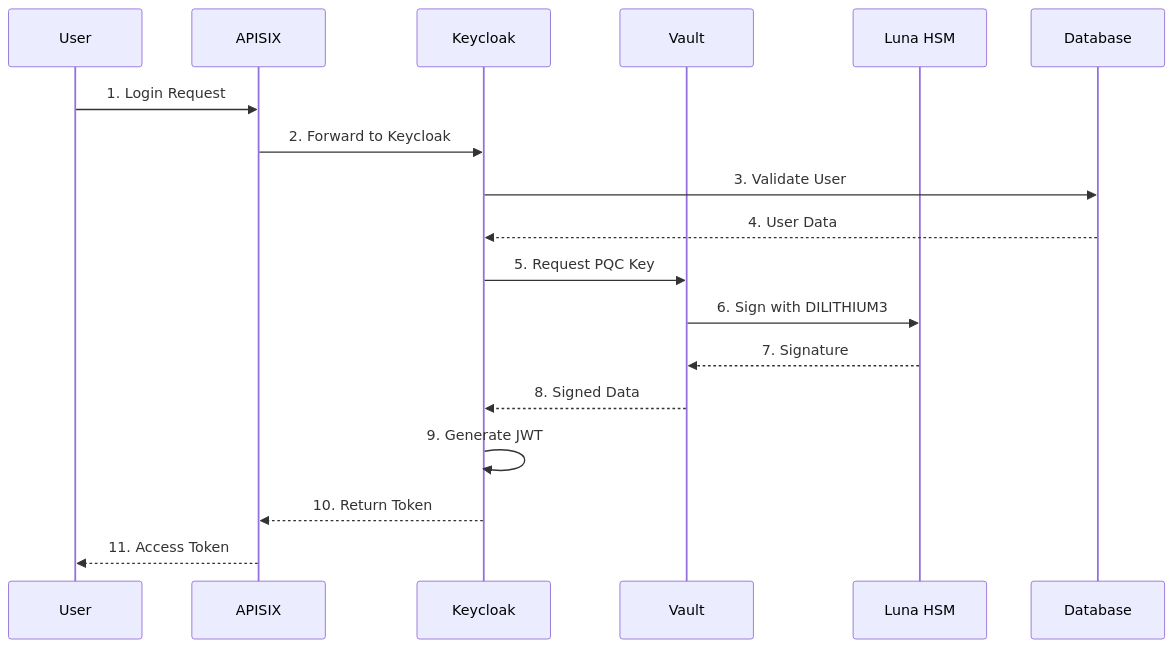
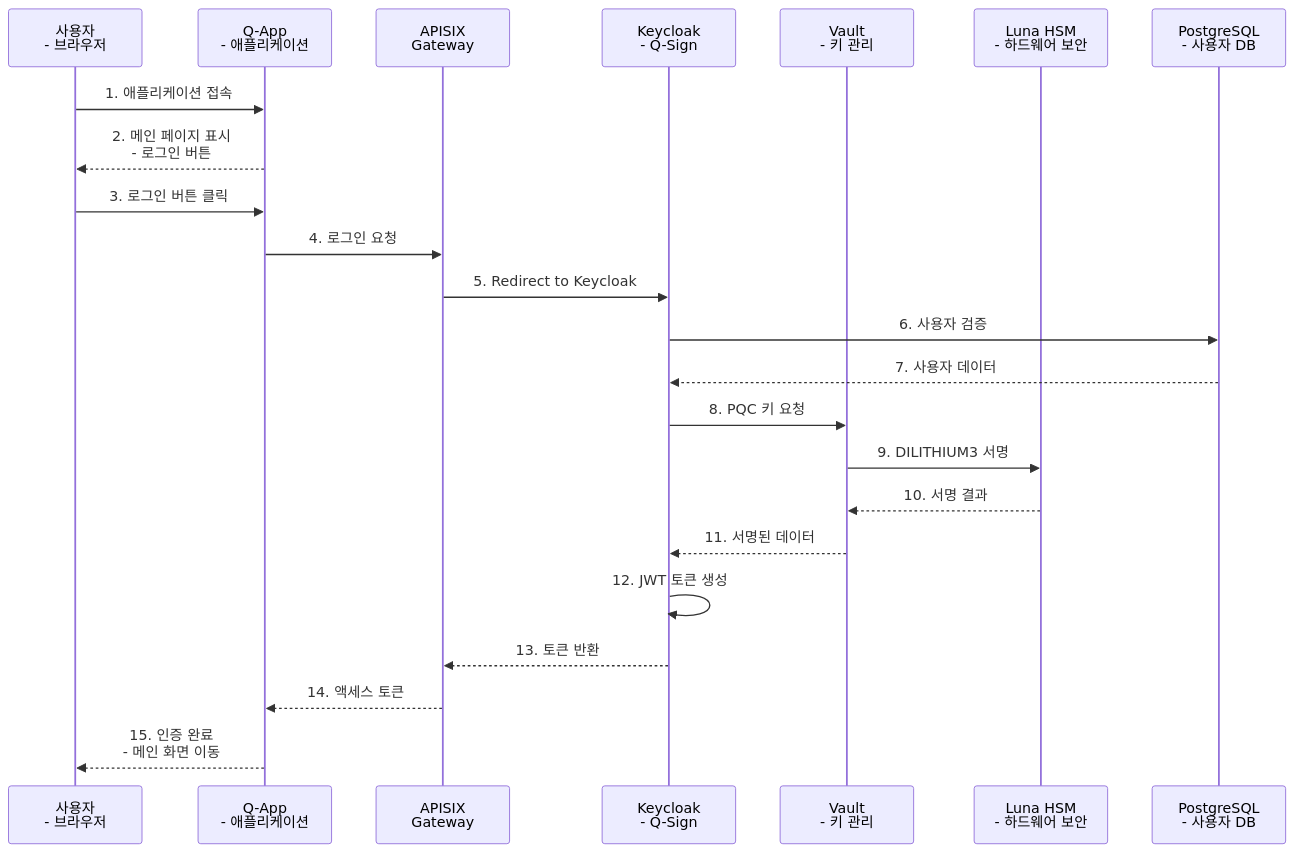
The fifth of 10 diagrams in 01-architecture/ARCHITECTURE-OVERVIEW.md (infeelchoi/q-docs), drawn with Mermaid before and after one commit.

Commit message:
📝 SSO 인증 흐름 개선 - Q-App 레이어 추가
ARCHITECTURE-OVERVIEW.md의 SSO 인증 데이터 흐름을 수정하여
애플리케이션 레이어를 명시적으로 추가했습니다.

변경 사항:
- Q-App 참여자 추가 (애플리케이션 레이어)
- 로그인 흐름 개선: 사용자 → App → APISIX → Keycloak
- 로그인 버튼 UI 상호작용 단계 명시
- 모든 참여자 설명을 한국어로 개선
- 인증 완료 후 메인 화면 이동 단계 추가

기존 흐름:
  User → APISIX → Keycloak (11단계)

개선된 흐름:
  사용자 → Q-App (로그인 버튼) → APISIX → Keycloak (15단계)

이를 통해 실제 사용자 경험과 일치하는 인증 흐름을 문서화했습니다.

🤖 Generated with Claude Code

````diff
--- a/01-architecture/ARCHITECTURE-OVERVIEW.md
+++ b/01-architecture/ARCHITECTURE-OVERVIEW.md
@@ -243,21 +243,26 @@
 ```mermaid
 sequenceDiagram
-    participant U as User
-    participant A as APISIX
-    participant K as Keycloak
-    participant V as Vault
-    participant H as Luna HSM
-    participant D as Database
+    participant U as 사용자<br/>- 브라우저
+    participant APP as Q-App<br/>- 애플리케이션
+    participant A as APISIX<br/>Gateway
+    participant K as Keycloak<br/>- Q-Sign
+    participant V as Vault<br/>- 키 관리
+    participant H as Luna HSM<br/>- 하드웨어 보안
+    participant D as PostgreSQL<br/>- 사용자 DB
 
-    U->>A: 1. Login Request
-    A->>K: 2. Forward to Keycloak
-    K->>D: 3. Validate User
-    D-->>K: 4. User Data
-    K->>V: 5. Request PQC Key
-    V->>H: 6. Sign with DILITHIUM3
-    H-->>V: 7. Signature
-    V-->>K: 8. Signed Data
-    K->>K: 9. Generate JWT
-    K-->>A: 10. Return Token
-    A-->>U: 11. Access Token
+    U->>APP: 1. 애플리케이션 접속
+    APP-->>U: 2. 메인 페이지 표시<br/>- 로그인 버튼
+    U->>APP: 3. 로그인 버튼 클릭
+    APP->>A: 4. 로그인 요청
+    A->>K: 5. Redirect to Keycloak
+    K->>D: 6. 사용자 검증
+    D-->>K: 7. 사용자 데이터
+    K->>V: 8. PQC 키 요청
+    V->>H: 9. DILITHIUM3 서명
+    H-->>V: 10. 서명 결과
+    V-->>K: 11. 서명된 데이터
+    K->>K: 12. JWT 토큰 생성
+    K-->>A: 13. 토큰 반환
+    A-->>APP: 14. 액세스 토큰
+    APP-->>U: 15. 인증 완료<br/>- 메인 화면 이동
 ```
````
